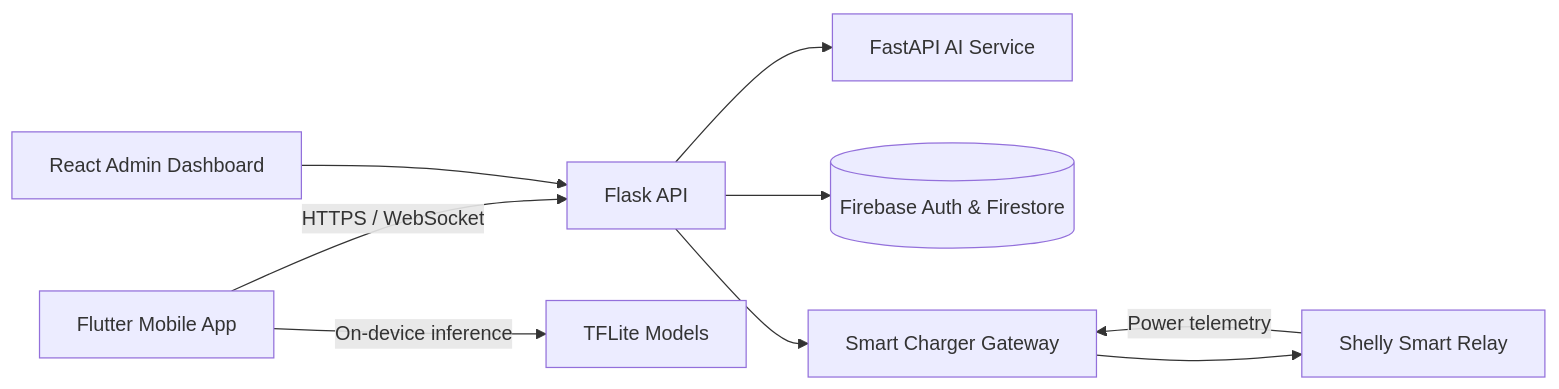
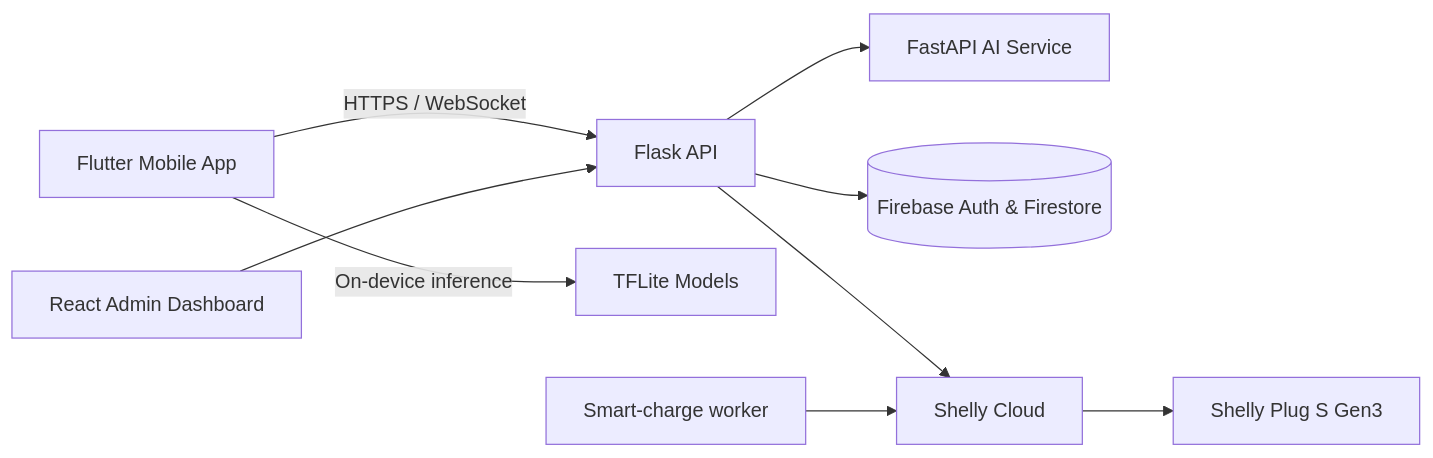
One commit to khanhbes/Vinfast-Batery changed the diagram in README.md. Above: the diagram before and after it, drawn with Mermaid. The commit also changed other lines of this file and 710 other files, not shown here.

````diff
--- a/README.md
+++ b/README.md
@@ -63,11 +63,11 @@
 ```mermaid
 flowchart LR
     APP[Flutter Mobile App] -->|HTTPS / WebSocket| API[Flask API]
     APP -->|On-device inference| TFL[TFLite Models]
     API --> AI[FastAPI AI Service]
     API --> FB[(Firebase Auth & Firestore)]
-    API --> GW[Smart Charger Gateway]
-    GW --> RELAY[Shelly Smart Relay]
-    RELAY -->|Power telemetry| GW
+    API --> SC[Shelly Cloud]
+    SC --> RELAY[Shelly Plug S Gen3]
+    WK[Smart-charge worker] --> SC
     ADMIN[React Admin Dashboard] --> API
 ```
````
